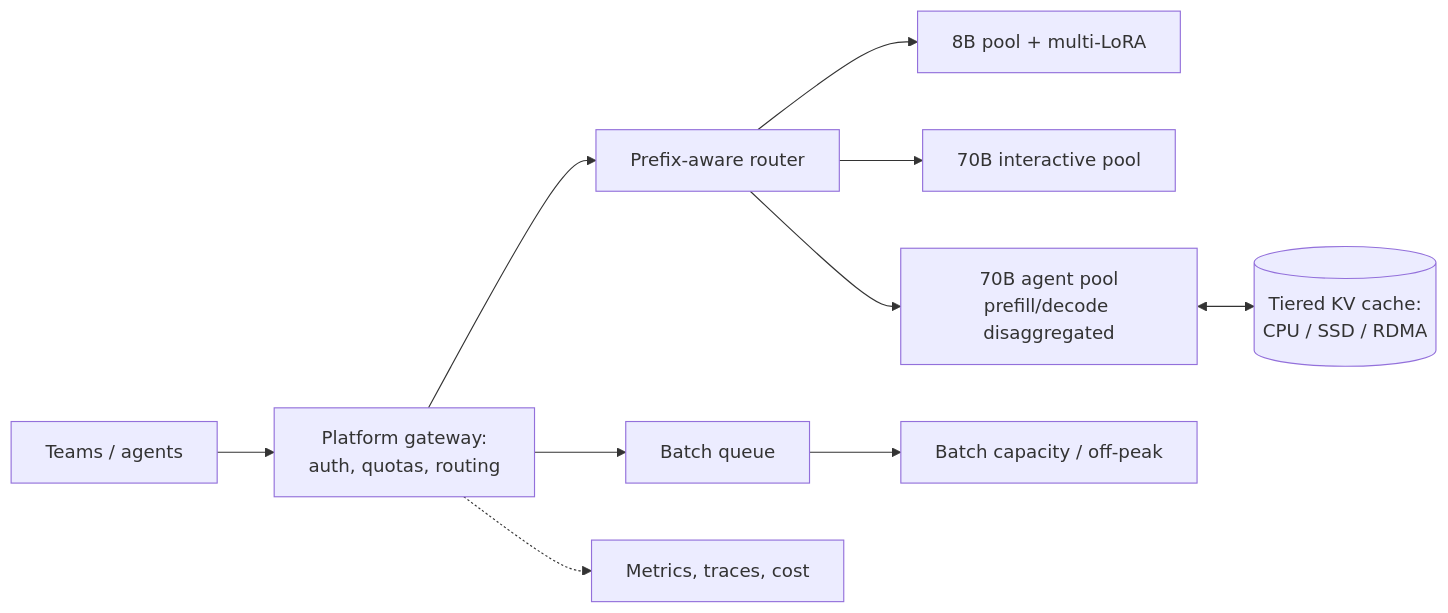
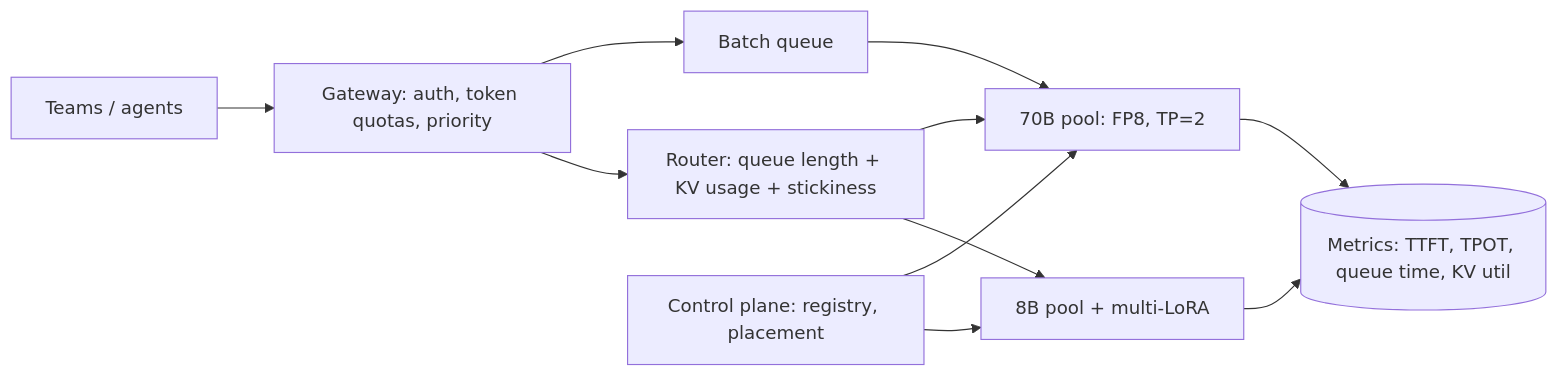
Before and after one commit to zekkrron/cs-knowledge-base: the first of 5 diagrams in Agentic/Problems/07 - LLM Inference Platform.md, drawn with Mermaid. The commit also changed other lines of this file and 46 other files, not shown here.

````diff
--- a/Agentic/Problems/07 - LLM Inference Platform.md
+++ b/Agentic/Problems/07 - LLM Inference Platform.md
@@ -32,12 +105,12 @@
 ```mermaid
 flowchart LR
-    T[Teams / agents] --> GW[Platform gateway:<br/>auth, quotas, routing]
-    GW --> RT[Prefix-aware router]
+    T[Teams / agents] --> GW[Gateway: auth, token quotas, priority]
+    GW --> RT[Router: queue length + KV usage + stickiness]
     RT --> P8[8B pool + multi-LoRA]
-    RT --> P70I[70B interactive pool]
-    RT --> P70A[70B agent pool<br/>prefill/decode disaggregated]
-    GW --> BQ[Batch queue]
-    BQ --> P70B[Batch capacity / off-peak]
-    P70A <--> KV[(Tiered KV cache:<br/>CPU / SSD / RDMA)]
-    GW -.-> OBS[Metrics, traces, cost]
+    RT --> P70[70B pool: FP8, TP=2]
+    GW --> BQ[Batch queue] --> P70
+    P8 --> M[(Metrics: TTFT, TPOT, queue time, KV util)]
+    P70 --> M
+    CP[Control plane: registry, placement] --> P8
+    CP --> P70
 ```
````
